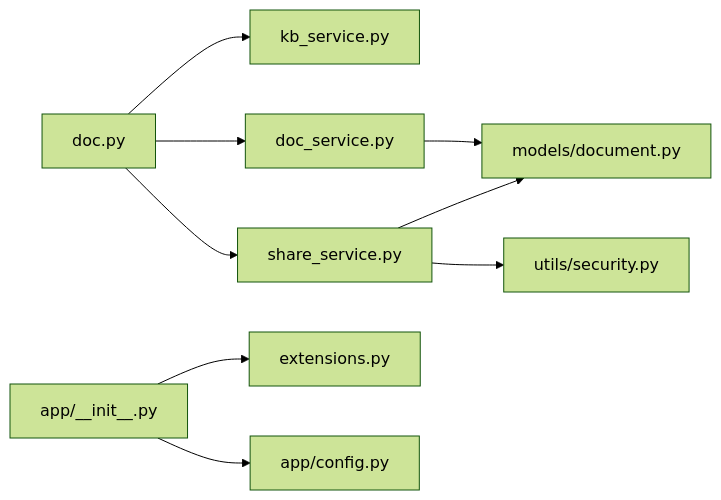
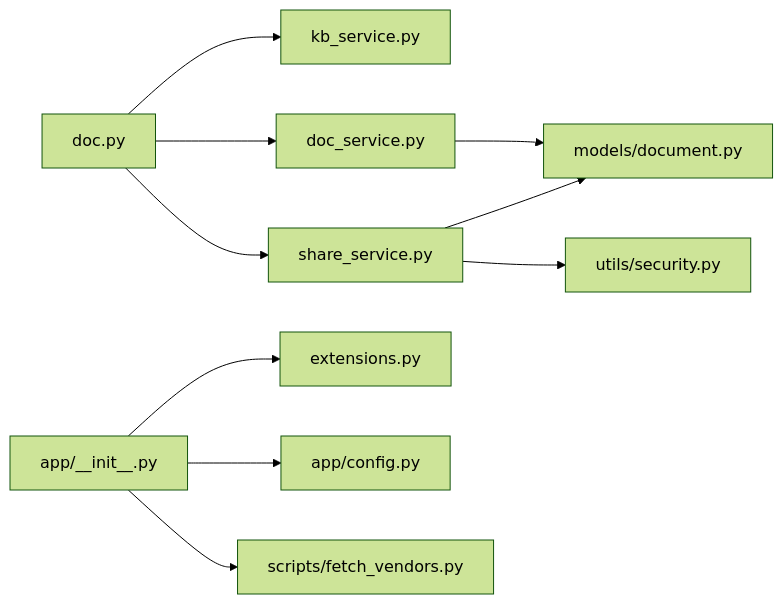
Before and after one commit to beyondalbert/my_wiki: the seventh of 7 diagrams in .qoder/repowiki/zh/content/故障排除/文档编辑问题.md, drawn with Mermaid (forest theme). The commit also changed other lines of this file and 7 other files, not shown here.

````diff
--- a/.qoder/repowiki/zh/content/故障排除/文档编辑问题.md
+++ b/.qoder/repowiki/zh/content/故障排除/文档编辑问题.md
@@ -271,11 +313,12 @@
 ```mermaid
 graph LR
 DOCBP["doc.py"] --> KBSVC["kb_service.py"]
 DOCBP --> DOCSVC["doc_service.py"]
 DOCSVC --> DOCM["models/document.py"]
 DOCBP --> SHRSVC["share_service.py"]
 SHRSVC --> DOCM
 SHRSVC --> SEC["utils/security.py"]
 INIT["app/__init__.py"] --> EXT["extensions.py"]
 INIT --> CFG["app/config.py"]
+INIT --> VENDORS["scripts/fetch_vendors.py"]
 ```
````
